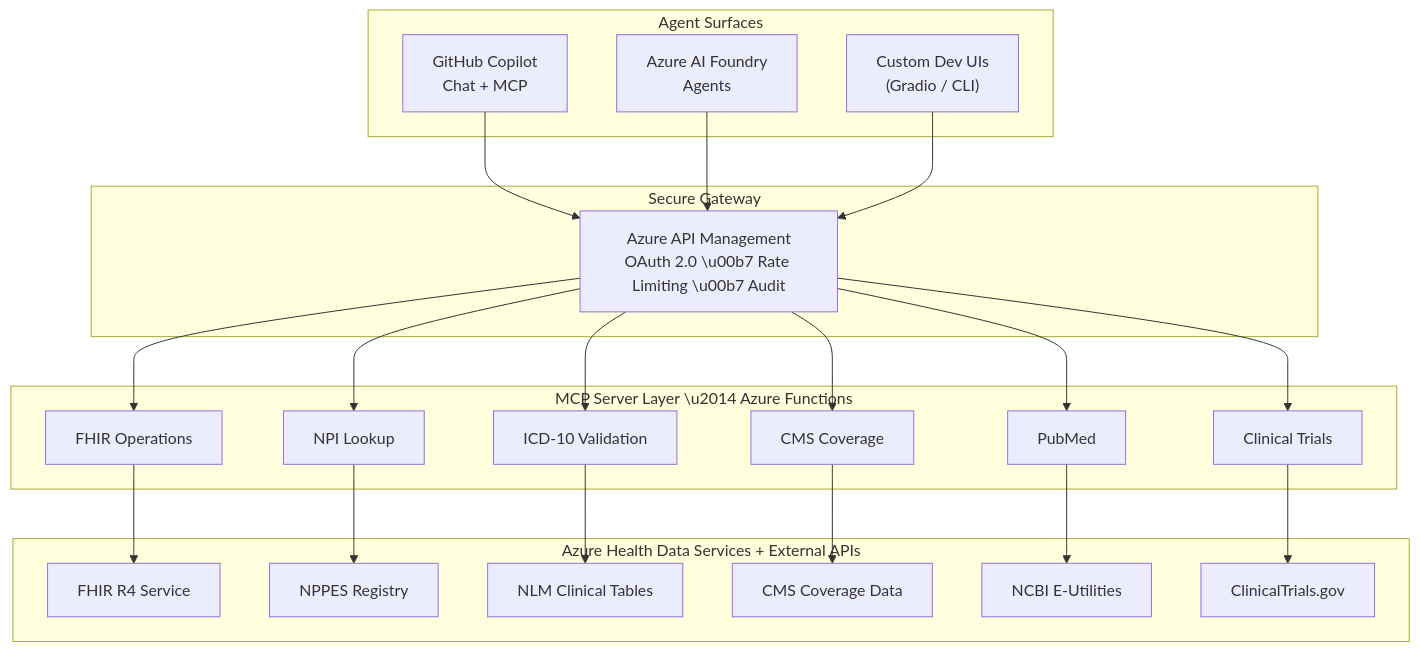
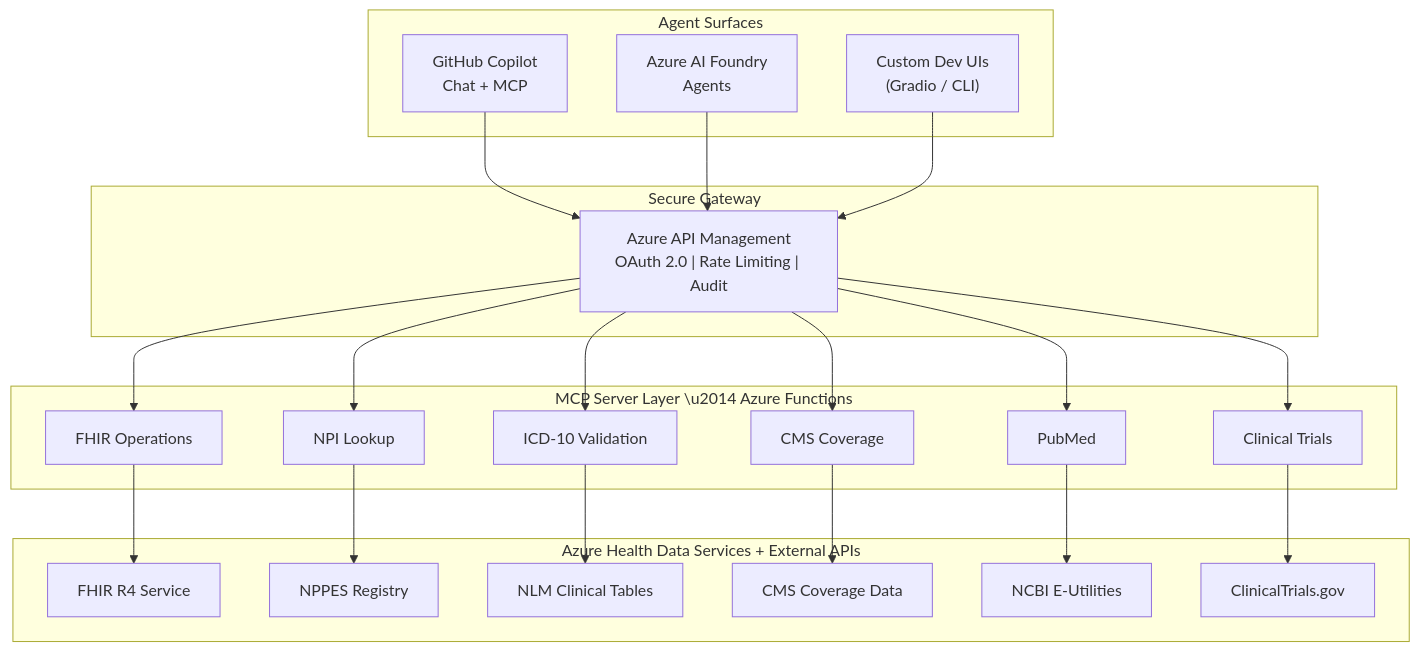
The first of 2 diagrams in README.md (JinLee794/Azure-Healthcare-Marketplace-Demo), drawn with Mermaid before and after one commit.

````diff
--- a/README.md
+++ b/README.md
@@ -84,48 +84,48 @@
 ```mermaid
 flowchart TB
     subgraph surface["Agent Surfaces"]
         CP["GitHub Copilot<br/>Chat + MCP"]
         AI["Azure AI Foundry<br/>Agents"]
         DEV["Custom Dev UIs<br/>(Gradio / CLI)"]
     end
 
     subgraph gateway["Secure Gateway"]
-        APIM["Azure API Management<br/>OAuth 2.0 \u00b7 Rate Limiting \u00b7 Audit"]
+        APIM["Azure API Management<br/>OAuth 2.0 | Rate Limiting | Audit"]
     end
 
     subgraph mcp["MCP Server Layer \u2014 Azure Functions"]
         NPI["NPI Lookup"]
         ICD["ICD-10 Validation"]
         CMS["CMS Coverage"]
         FHIR_MCP["FHIR Operations"]
         PUB["PubMed"]
         CT["Clinical Trials"]
     end
 
     subgraph data["Azure Health Data Services + External APIs"]
         FHIR["FHIR R4 Service"]
         NPPES["NPPES Registry"]
         NLM["NLM Clinical Tables"]
         CMSAPI["CMS Coverage Data"]
         NCBI["NCBI E-Utilities"]
         CTGOV["ClinicalTrials.gov"]
     end
 
     CP --> APIM
     AI --> APIM
     DEV --> APIM
 
     APIM --> NPI
     APIM --> ICD
     APIM --> CMS
     APIM --> FHIR_MCP
     APIM --> PUB
     APIM --> CT
 
     NPI --> NPPES
     ICD --> NLM
     CMS --> CMSAPI
     FHIR_MCP --> FHIR
     PUB --> NCBI
     CT --> CTGOV
 ```
````
